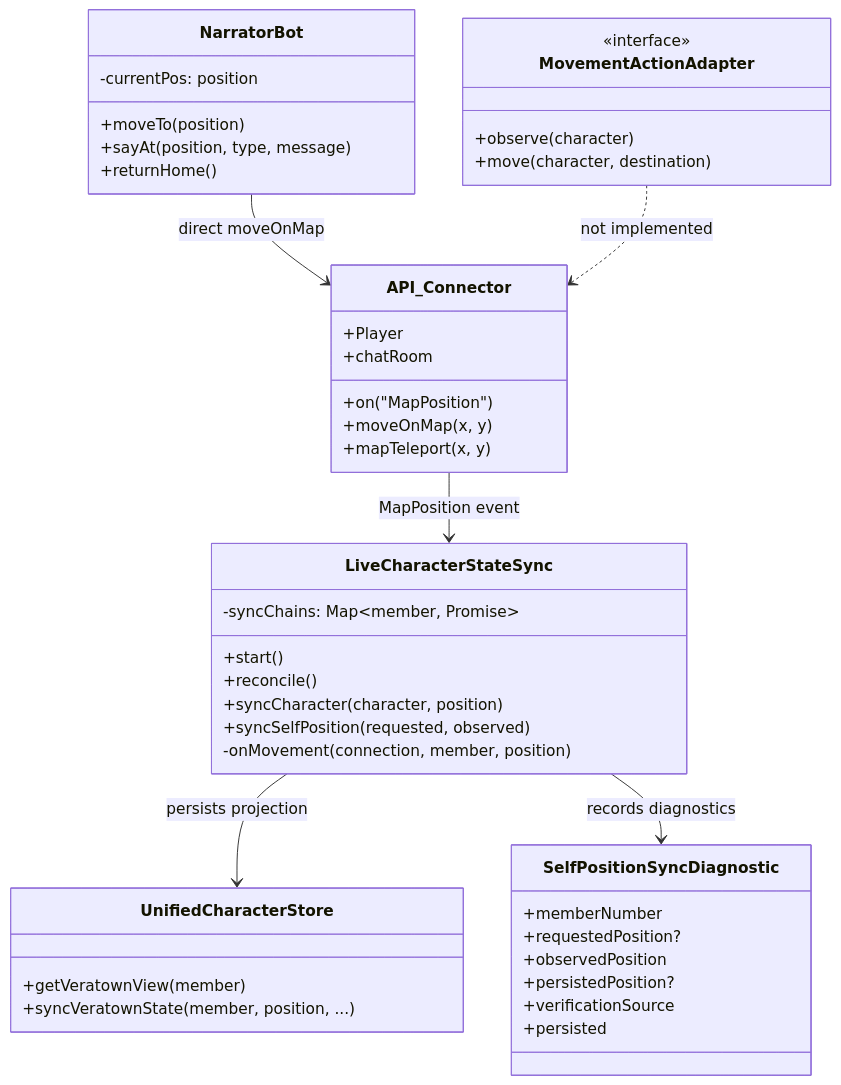
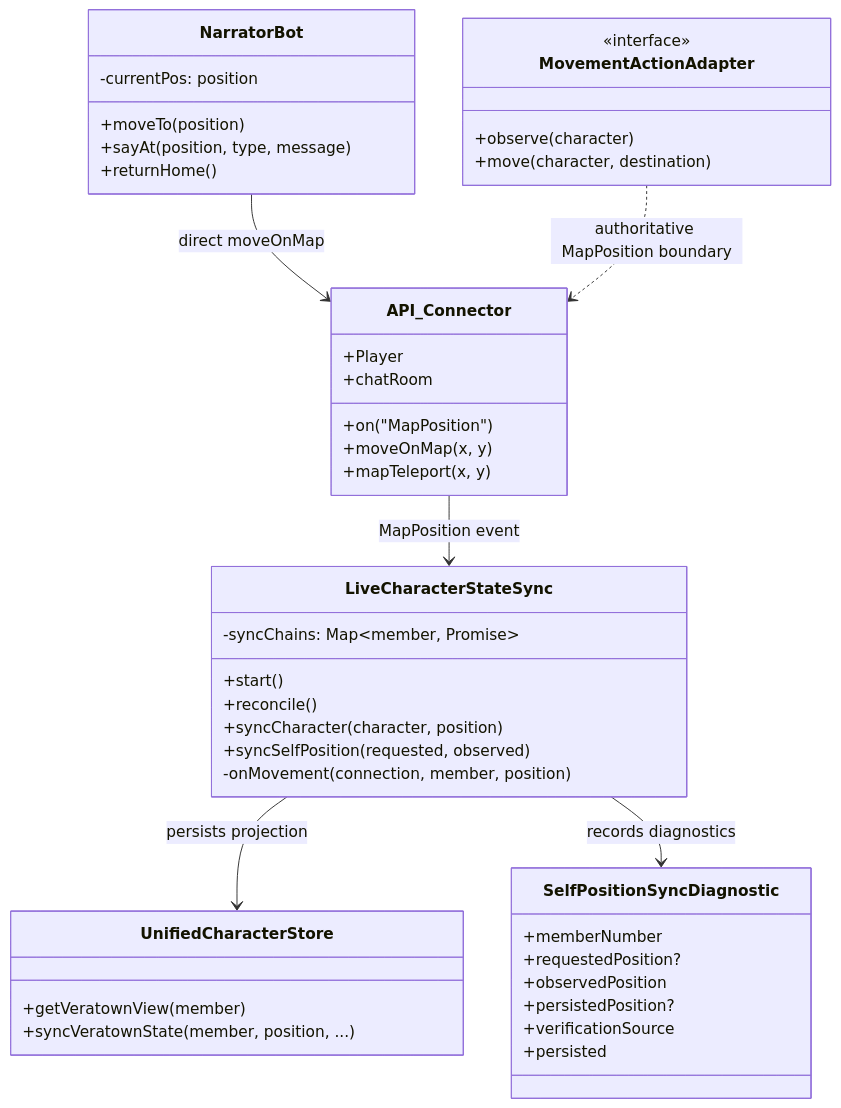
One commit to Rarsus/veratown changed the first of 5 diagrams in docs/ARCHITECTURE/POSITION_OBSERVATION_MOVEMENT.md. Above: the diagram before and after it, drawn with Mermaid. The commit also changed other lines of this file and 10 other files, not shown here.

Commit message:
Implement bounded authoritative movement

````diff
--- a/docs/ARCHITECTURE/POSITION_OBSERVATION_MOVEMENT.md
+++ b/docs/ARCHITECTURE/POSITION_OBSERVATION_MOVEMENT.md
@@ -80,47 +87,47 @@
 ```mermaid
 classDiagram
     class API_Connector {
         +Player
         +chatRoom
         +on("MapPosition")
         +moveOnMap(x, y)
         +mapTeleport(x, y)
     }
     class LiveCharacterStateSync {
         +start()
         +reconcile()
         +syncCharacter(character, position)
         +syncSelfPosition(requested, observed)
         -onMovement(connection, member, position)
         -syncChains: Map~member, Promise~
     }
     class SelfPositionSyncDiagnostic {
         +memberNumber
         +requestedPosition?
         +observedPosition
         +persistedPosition?
         +verificationSource
         +persisted
     }
     class UnifiedCharacterStore {
         +getVeratownView(member)
         +syncVeratownState(member, position, ...)
     }
     class NarratorBot {
         +moveTo(position)
         +sayAt(position, type, message)
         +returnHome()
         -currentPos: position
     }
     class MovementActionAdapter {
         <<interface>>
         +observe(character)
         +move(character, destination)
     }
 
     API_Connector --> LiveCharacterStateSync : MapPosition event
     LiveCharacterStateSync --> UnifiedCharacterStore : persists projection
     LiveCharacterStateSync --> SelfPositionSyncDiagnostic : records diagnostics
     NarratorBot --> API_Connector : direct moveOnMap
-    MovementActionAdapter ..> API_Connector : not implemented
+    MovementActionAdapter ..> API_Connector : authoritative MapPosition boundary
 ```
````
